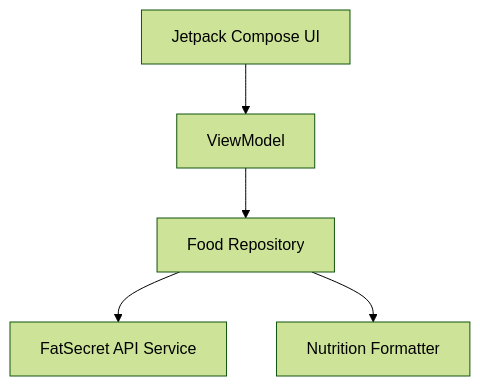
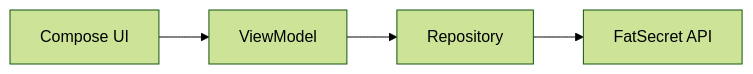
One commit to ghtmarco/NomNom changed the diagram in README.md. Above: the diagram before and after it, drawn with Mermaid (forest theme). The commit also changed other lines of this file, not shown here.

````diff
--- a/README.md
+++ b/README.md
@@ -45,7 +40,6 @@
 ```mermaid
-graph TD
-    UI[Jetpack Compose UI] --> VM[ViewModel]
-    VM --> Repo[Food Repository]
-    Repo --> API[FatSecret API Service]
-    Repo --> Formatter[Nutrition Formatter]
+graph LR
+    UI[Compose UI] --> VM[ViewModel]
+    VM --> Repo[Repository]
+    Repo --> API[FatSecret API]
 ```
````
